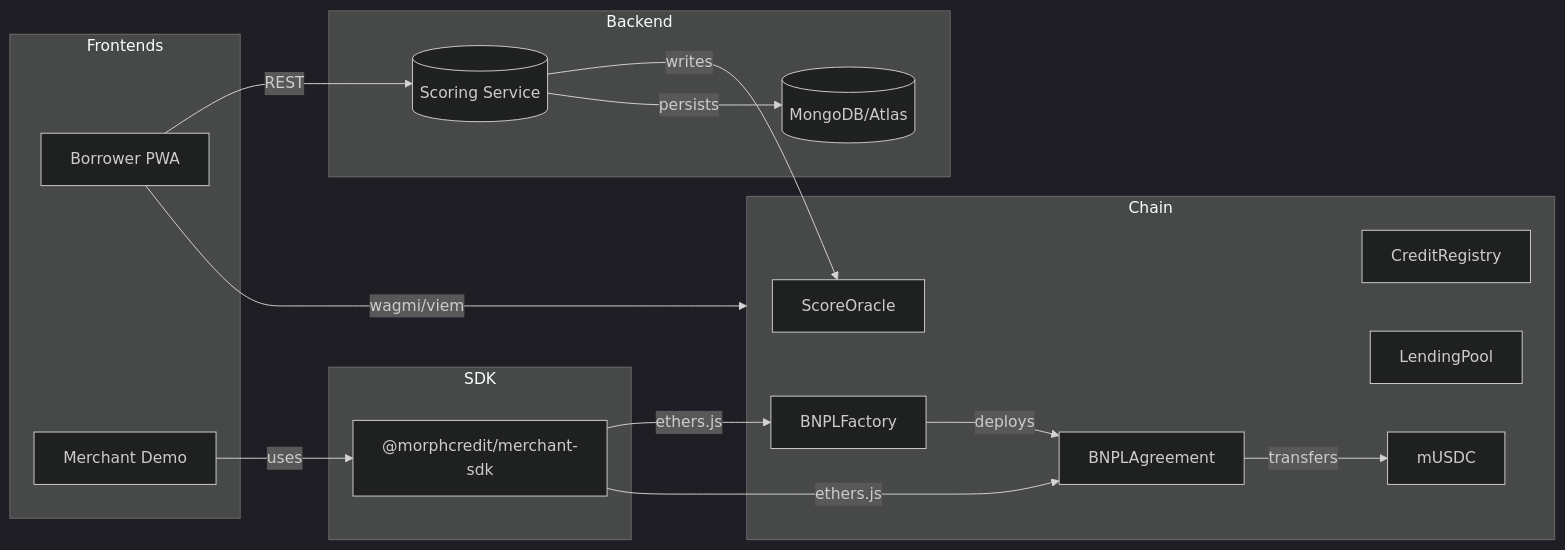
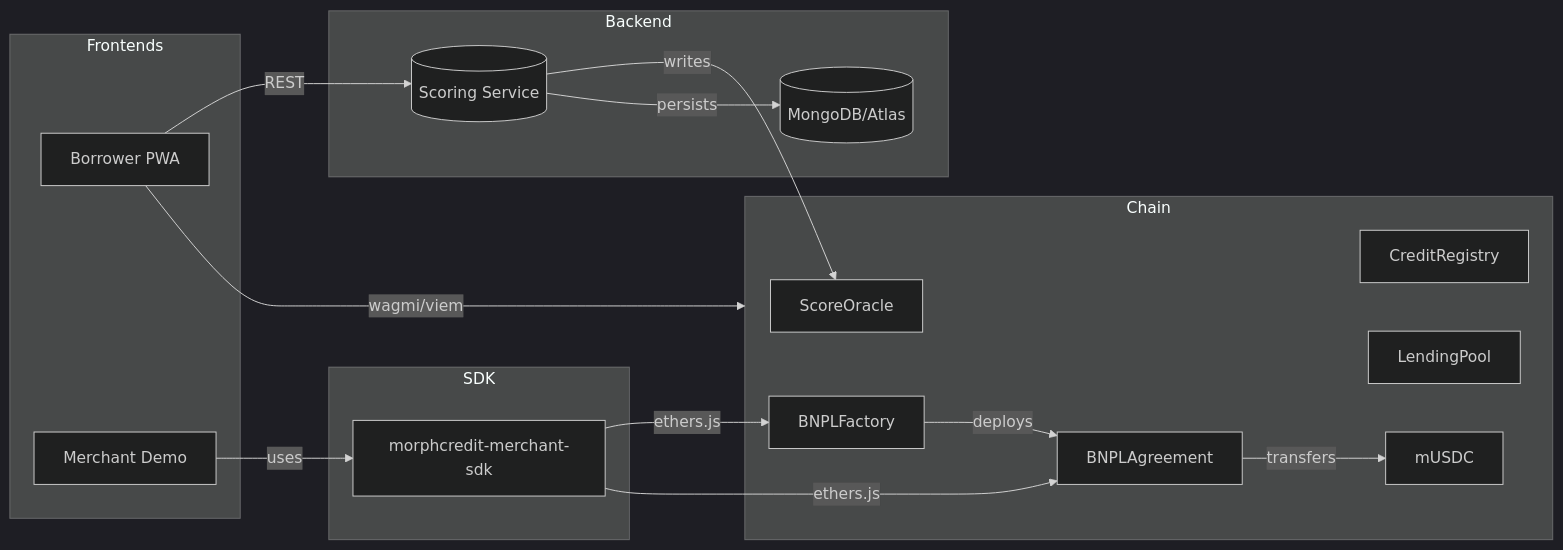
The first of 2 diagrams in README.md (okwareddevnest/MorphCredit), drawn with Mermaid before and after one commit. The commit also changed other lines of this file and 6 other files, not shown here.

````diff
--- a/README.md
+++ b/README.md
@@ -7,32 +7,32 @@
 ```mermaid
 %%{init: { 'theme': 'dark' }}%%
 flowchart LR
   subgraph Frontends
     B[Borrower PWA]
     M[Merchant Demo]
   end
   subgraph SDK
-    S["@morphcredit/merchant-sdk"]
+    S["morphcredit-merchant-sdk"]
   end
   subgraph Backend
     SC[(Scoring Service)]
     DB[(MongoDB/Atlas)]
   end
   subgraph Chain
     SO[ScoreOracle]
     CR[CreditRegistry]
     LP[LendingPool]
     BF[BNPLFactory]
     BA[BNPLAgreement]
     MS[mUSDC]
   end
 
   B -- wagmi/viem --> Chain
   M -- uses --> S
   S -- ethers.js --> BF & BA
   B -- REST --> SC
   SC -- writes --> SO
   SC -- persists --> DB
   BF -- deploys --> BA
   BA -- transfers --> MS
 ```
````
